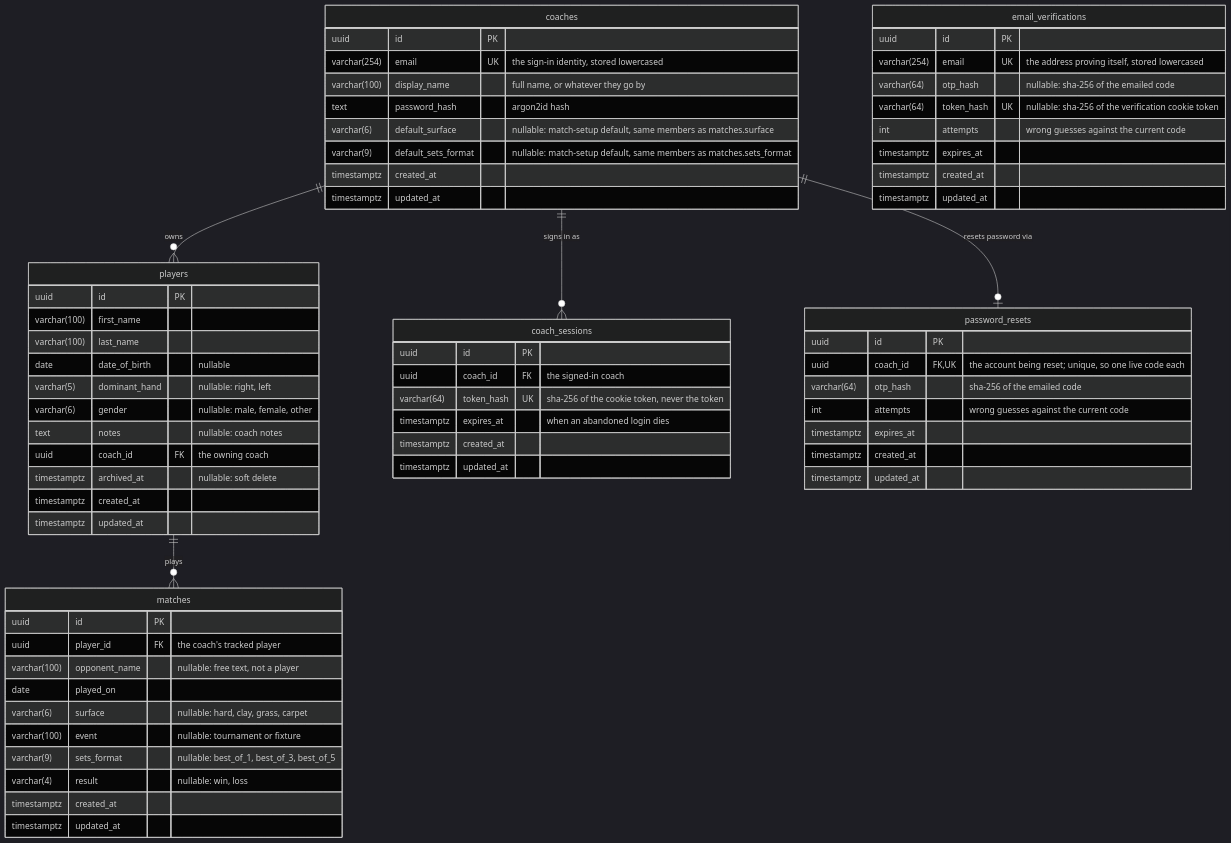
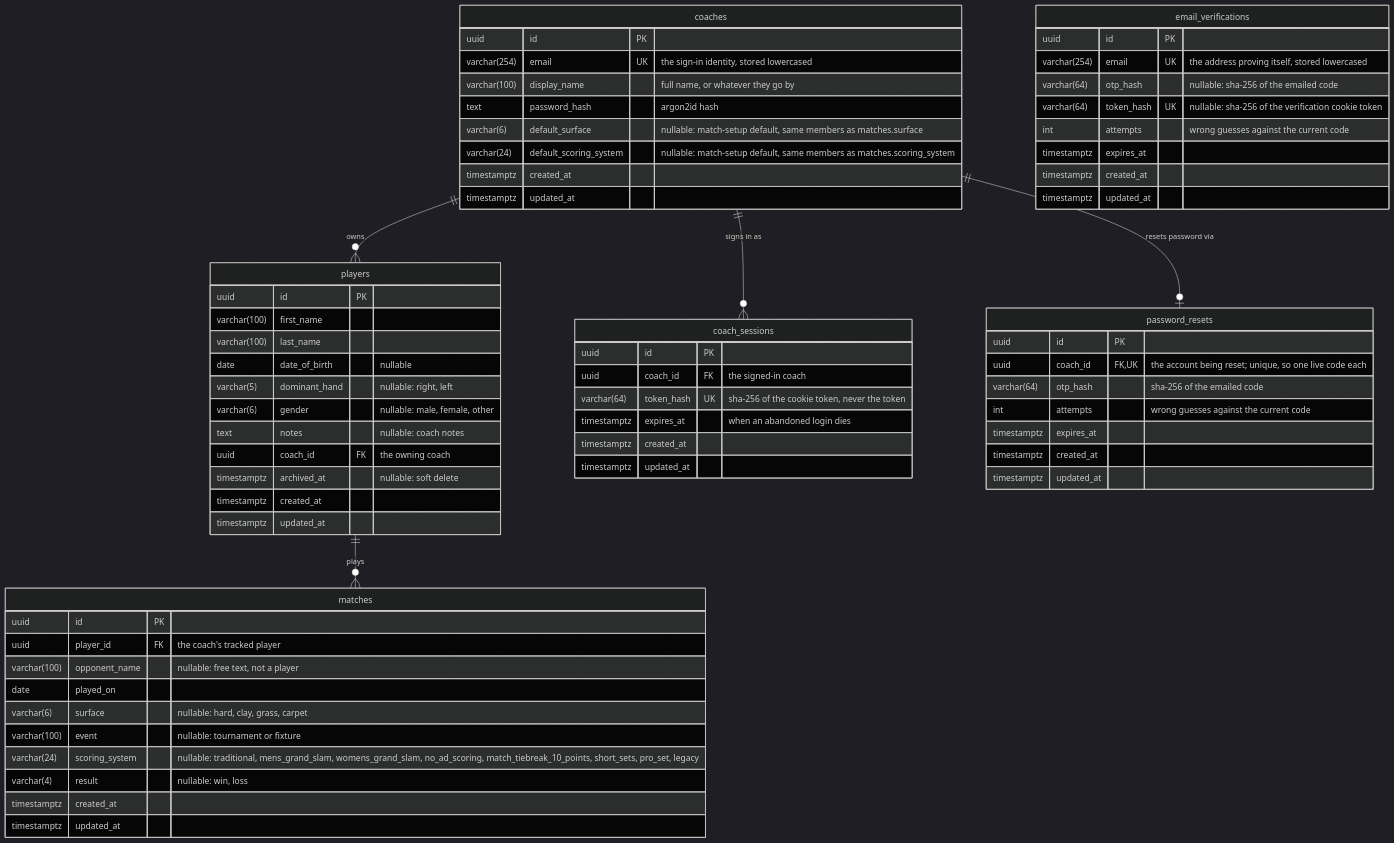
The diagram in docs/data-model.md (tkabalin/matchpoint), drawn with Mermaid (dark theme) before and after one commit. The commit also changed other lines of this file and 23 other files, not shown here.

First line of the commit message:
feat(api): store a scoring system instead of a sets format

````diff
--- a/docs/data-model.md
+++ b/docs/data-model.md
@@ -12,75 +12,75 @@
 ```mermaid
 erDiagram
     coaches ||--o{ players : owns
     coaches ||--o{ coach_sessions : "signs in as"
     coaches ||--o| password_resets : "resets password via"
     players ||--o{ matches : plays
 
     coaches {
         uuid id PK
         varchar(254) email UK "the sign-in identity, stored lowercased"
         varchar(100) display_name "full name, or whatever they go by"
         text password_hash "argon2id hash"
         varchar(6) default_surface "nullable: match-setup default, same members as matches.surface"
-        varchar(9) default_sets_format "nullable: match-setup default, same members as matches.sets_format"
+        varchar(24) default_scoring_system "nullable: match-setup default, same members as matches.scoring_system"
         timestamptz created_at
         timestamptz updated_at
     }
 
     coach_sessions {
         uuid id PK
         uuid coach_id FK "the signed-in coach"
         varchar(64) token_hash UK "sha-256 of the cookie token, never the token"
         timestamptz expires_at "when an abandoned login dies"
         timestamptz created_at
         timestamptz updated_at
     }
 
     email_verifications {
         uuid id PK
         varchar(254) email UK "the address proving itself, stored lowercased"
         varchar(64) otp_hash "nullable: sha-256 of the emailed code"
         varchar(64) token_hash UK "nullable: sha-256 of the verification cookie token"
         int attempts "wrong guesses against the current code"
         timestamptz expires_at
         timestamptz created_at
         timestamptz updated_at
     }
 
     password_resets {
         uuid id PK
         uuid coach_id FK,UK "the account being reset; unique, so one live code each"
         varchar(64) otp_hash "sha-256 of the emailed code"
         int attempts "wrong guesses against the current code"
         timestamptz expires_at
         timestamptz created_at
         timestamptz updated_at
     }
 
     players {
         uuid id PK
         varchar(100) first_name
         varchar(100) last_name
         date date_of_birth "nullable"
         varchar(5) dominant_hand "nullable: right, left"
         varchar(6) gender "nullable: male, female, other"
         text notes "nullable: coach notes"
         uuid coach_id FK "the owning coach"
         timestamptz archived_at "nullable: soft delete"
         timestamptz created_at
         timestamptz updated_at
     }
 
     matches {
         uuid id PK
         uuid player_id FK "the coach's tracked player"
         varchar(100) opponent_name "nullable: free text, not a player"
         date played_on
         varchar(6) surface "nullable: hard, clay, grass, carpet"
         varchar(100) event "nullable: tournament or fixture"
-        varchar(9) sets_format "nullable: best_of_1, best_of_3, best_of_5"
+        varchar(24) scoring_system "nullable: traditional, mens_grand_slam, womens_grand_slam, no_ad_scoring, match_tiebreak_10_points, short_sets, pro_set, legacy"
         varchar(4) result "nullable: win, loss"
         timestamptz created_at
         timestamptz updated_at
     }
 ```
````
